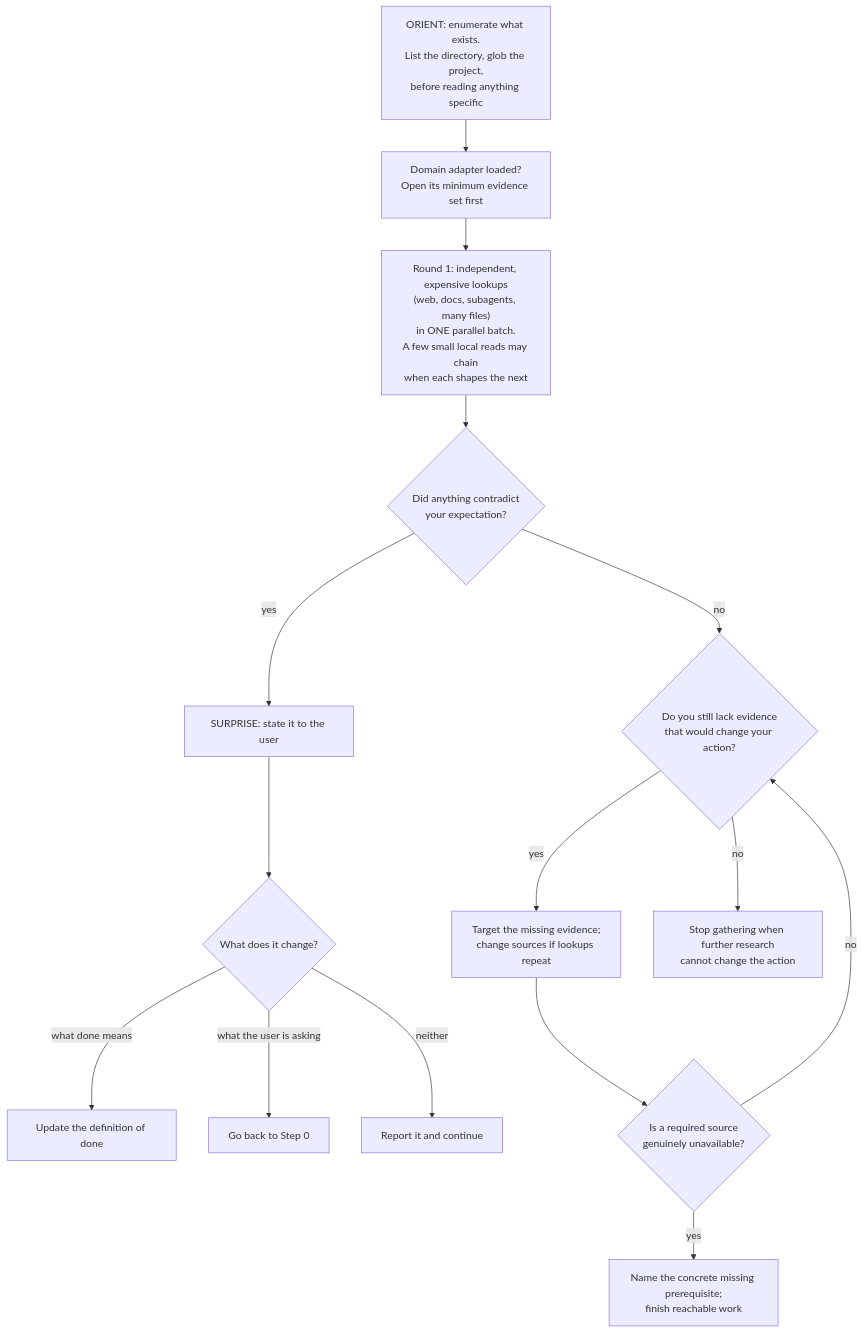
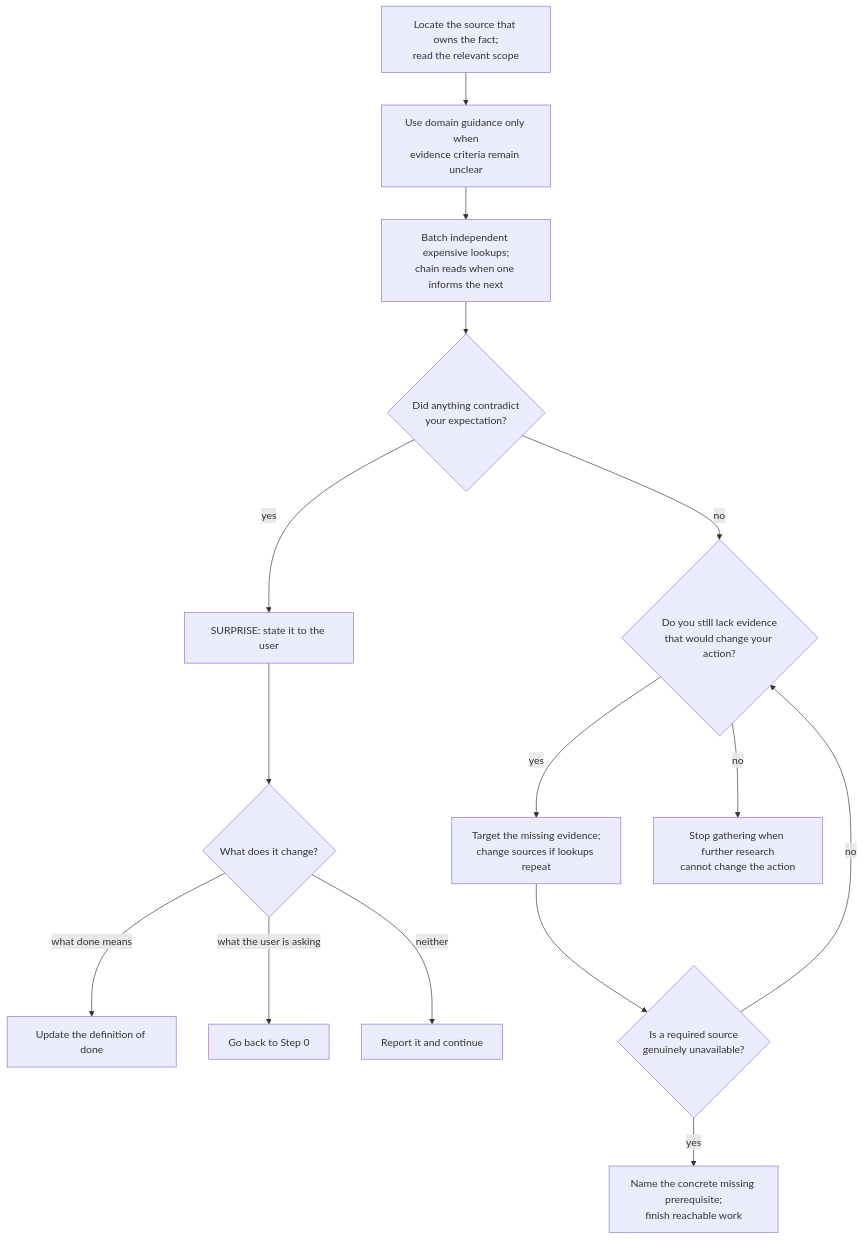
The third of 8 diagrams in skills/fable-method/references/flowcharts.md (oleg494/coding-kit), drawn with Mermaid before and after one commit. The commit also changed other lines of this file and 105 other files, not shown here.

````diff
--- a/skills/fable-method/references/flowcharts.md
+++ b/skills/fable-method/references/flowcharts.md
@@ -46,17 +46,17 @@
 ```mermaid
 flowchart TD
-    O["ORIENT: enumerate what exists.<br/>List the directory, glob the project,<br/>before reading anything specific"] --> S["Domain adapter loaded?<br/>Open its minimum evidence set first"]
-    S --> B1["Round 1: independent, expensive lookups<br/>(web, docs, subagents, many files)<br/>in ONE parallel batch.<br/>A few small local reads may chain<br/>when each shapes the next"]
+    O["Locate the source that owns the fact;<br/>read the relevant scope"] --> S["Use domain guidance only when<br/>evidence criteria remain unclear"]
+    S --> B1["Batch independent expensive lookups;<br/>chain reads when one informs the next"]
     B1 --> N1{"Did anything contradict<br/>your expectation?"}
     N1 -->|yes| SUR["SURPRISE: state it to the user"]
     SUR --> R{"What does it change?"}
     R -->|"what done means"| U1["Update the definition of done"]
     R -->|"what the user is asking"| U0["Go back to Step 0"]
     R -->|neither| CONT["Report it and continue"]
     N1 -->|no| N2{"Do you still lack evidence<br/>that would change your action?"}
     N2 -->|yes| B2["Target the missing evidence;<br/>change sources if lookups repeat"]
     N2 -->|no| DONE["Stop gathering when further research<br/>cannot change the action"]
     B2 --> N3{"Is a required source<br/>genuinely unavailable?"}
     N3 -->|no| N2
     N3 -->|yes| BLOCK["Name the concrete missing prerequisite;<br/>finish reachable work"]
 ```
````
